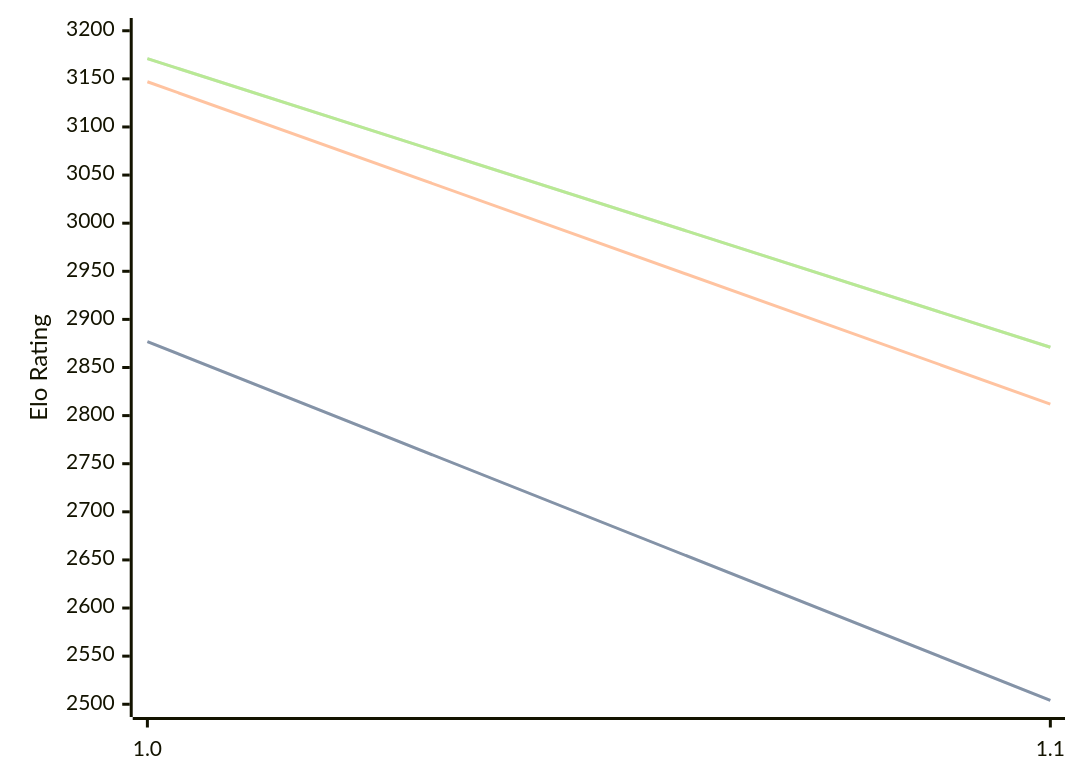
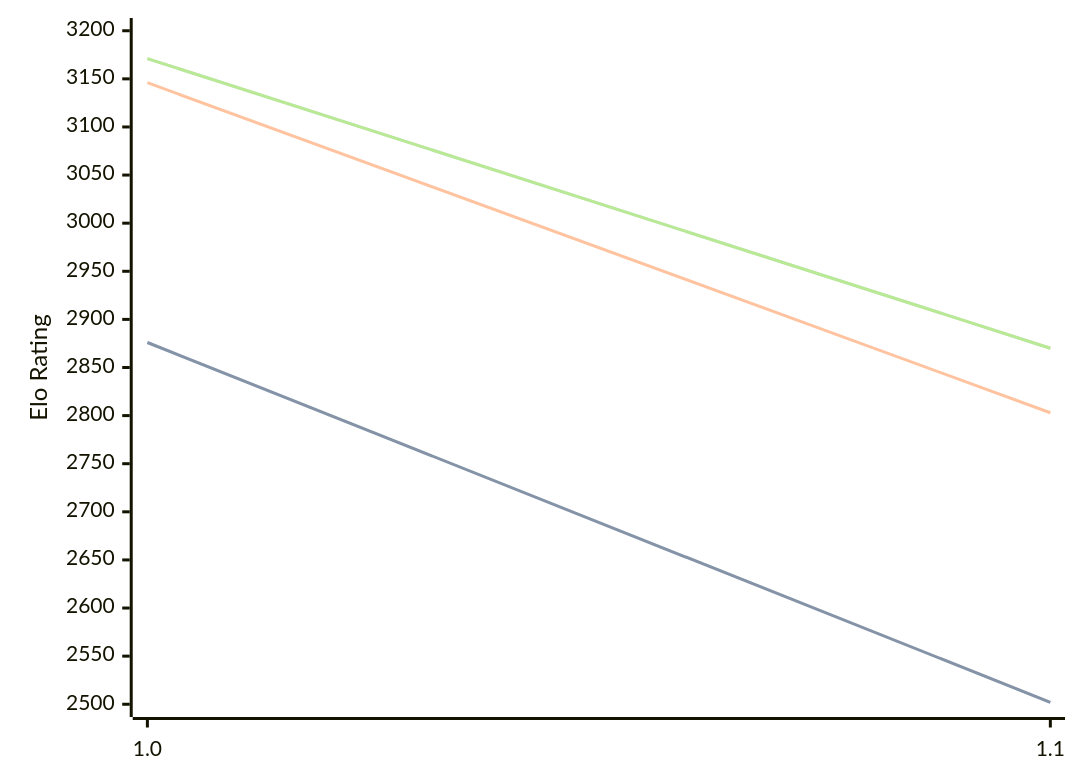
The diagram in engines/Publius.md (computer-chess-index/cci), drawn with Mermaid before and after one commit. The commit also changed other lines of this file, not shown here.

Commit message:
Update CCI Ratings (ELO VLTC) - 2026-03-12

````diff
--- a/engines/Publius.md
+++ b/engines/Publius.md
@@ -30,11 +30,11 @@
 ```mermaid
 %%{init: {"theme":"base","themeVariables":{"seriesColors:['#a3a3a3','#222221','#faa371']}}}%%
 xychart-beta
   x-axis ["1.0", "1.1"]
   y-axis "Elo Rating" 2500 --> 3200
-  line "STC (8.0+0.08s)" [2877, 2504]
-  line "STC (8.0+0.08s)" [2877, 2504]
-  line "LTC (60.0+0.60s)" [3147, 2812]
-  line "VLTC (2m24s+1.12s)" [3171, 2871]
-  line "VLTC (2m24s+1.12s)" [3171, 2871]
+  line "STC (8.0+0.08s)" [2876, 2502]
+  line "STC (8.0+0.08s)" [2876, 2502]
+  line "LTC (60.0+0.60s)" [3146, 2803]
+  line "VLTC (2m24s+1.12s)" [3171, 2870]
+  line "VLTC (2m24s+1.12s)" [3171, 2870]
 ```
````
